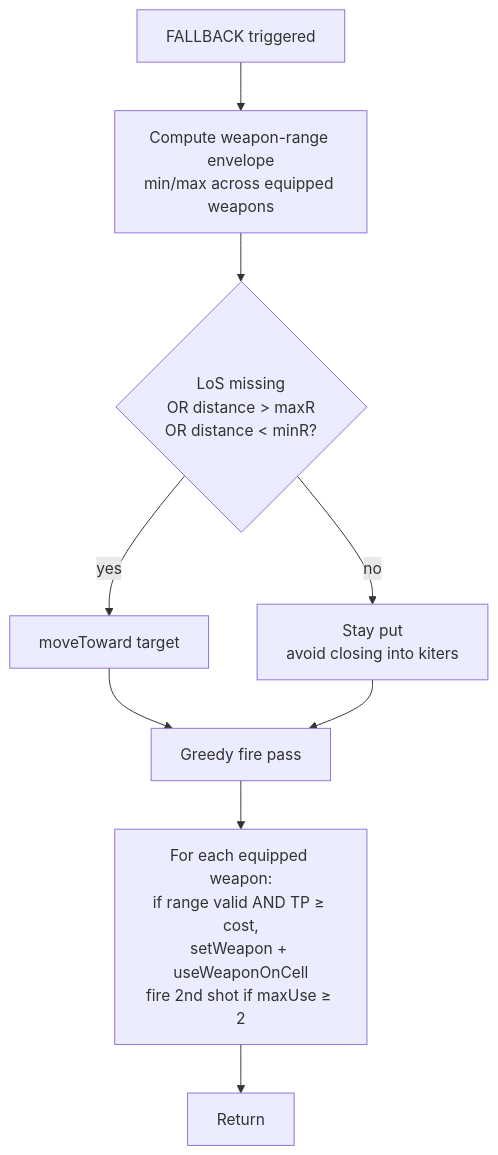
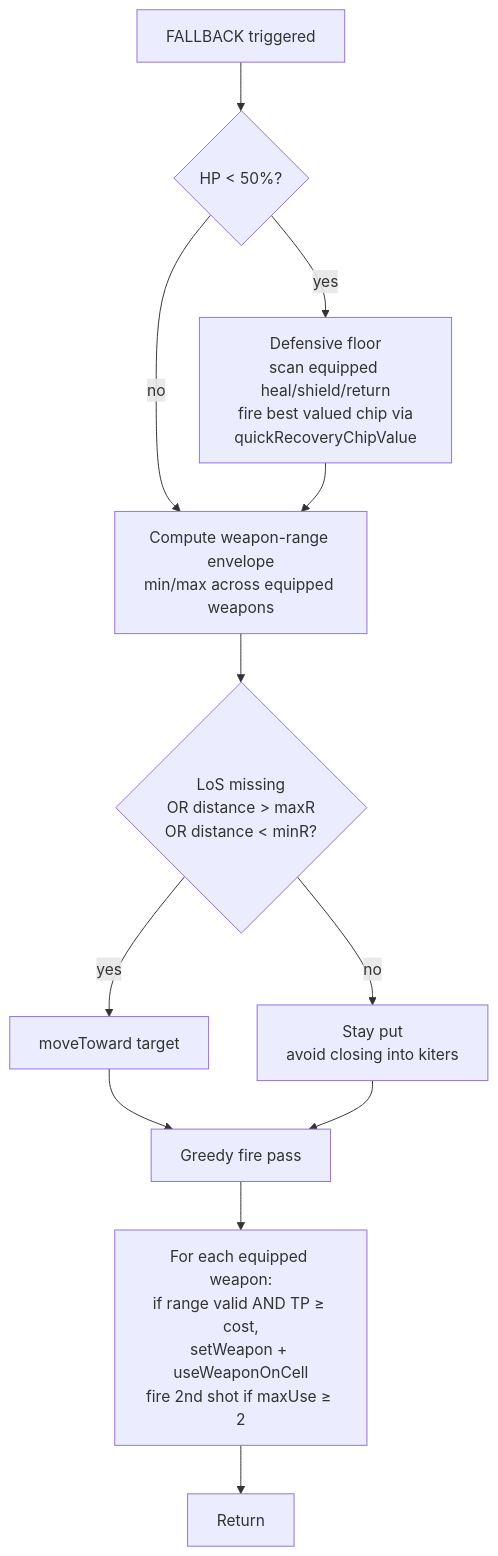
The seventh of 8 diagrams in docs/decision_schema.md (tankyx/LeekWars-AI), drawn with Mermaid before and after one commit. The commit also changed other lines of this file and 7 other files, not shown here.

First line of the commit message:
Phase 1-3: defensive floor, double-antidote pivot, CLEANUP state

````diff
--- a/docs/decision_schema.md
+++ b/docs/decision_schema.md
@@ -235,11 +255,14 @@
 ```mermaid
 flowchart TD
-    F[FALLBACK triggered] --> F1[Compute weapon-range envelope<br/>min/max across equipped weapons]
+    F[FALLBACK triggered] --> FD{HP < 50%?}
+    FD -->|yes| FDC[Defensive floor<br/>scan equipped heal/shield/return<br/>fire best valued chip via<br/>quickRecoveryChipValue]
+    FD -->|no| F1
+    FDC --> F1[Compute weapon-range envelope<br/>min/max across equipped weapons]
     F1 --> F2{LoS missing<br/>OR distance > maxR<br/>OR distance < minR?}
     F2 -->|yes| F3[moveToward target]
     F2 -->|no| F4[Stay put<br/>avoid closing into kiters]
     F3 --> F5[Greedy fire pass]
     F4 --> F5
     F5 --> F6[For each equipped weapon:<br/>if range valid AND TP ≥ cost,<br/>setWeapon + useWeaponOnCell<br/>fire 2nd shot if maxUse ≥ 2]
     F6 --> F7[Return]
 ```
````
